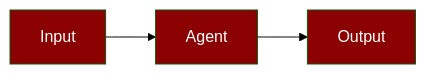
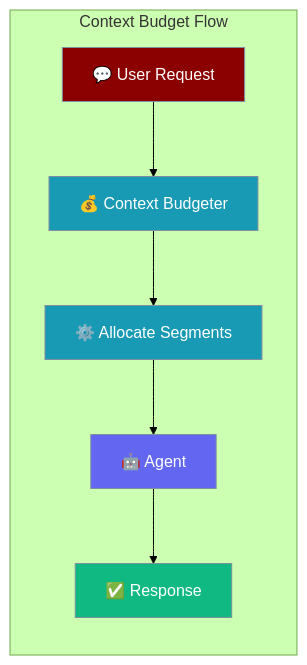
One commit to MervinPraison/PraisonAIDocs changed the first of 2 diagrams in docs/features/context-budgeter.mdx. Above: the diagram before and after it, drawn with Mermaid (forest theme). The commit also changed other lines of this file and 11 other files, not shown here.

First line of the commit message:
docs: Phase 0+1 compliance fixes — frontmatter, Steps, sequenceDiagram, graph LR (fixes #1513)

````diff
--- a/docs/features/context-budgeter.mdx
+++ b/docs/features/context-budgeter.mdx
@@ -26,10 +26,19 @@
 ```mermaid
-flowchart LR
-    In[Input] --> Agent[Agent]
-    Agent --> Out[Output]
+graph LR
+    subgraph "Context Budget Flow"
+        In[💬 User Request] --> Budgeter[💰 Context Budgeter]
+        Budgeter --> Alloc[⚙️ Allocate Segments]
+        Alloc --> Agent[🤖 Agent]
+        Agent --> Out[✅ Response]
+    end
 
-    classDef agent fill:#8B0000,color:#fff
-    classDef tool fill:#189AB4,color:#fff
+    classDef agent fill:#8B0000,stroke:#7C90A0,color:#fff
+    classDef process fill:#189AB4,stroke:#7C90A0,color:#fff
+    classDef config fill:#6366F1,stroke:#7C90A0,color:#fff
+    classDef output fill:#10B981,stroke:#7C90A0,color:#fff
 
-    class In,Agent,Out agent
+    class In agent
+    class Budgeter,Alloc process
+    class Agent config
+    class Out output
 ```
````
